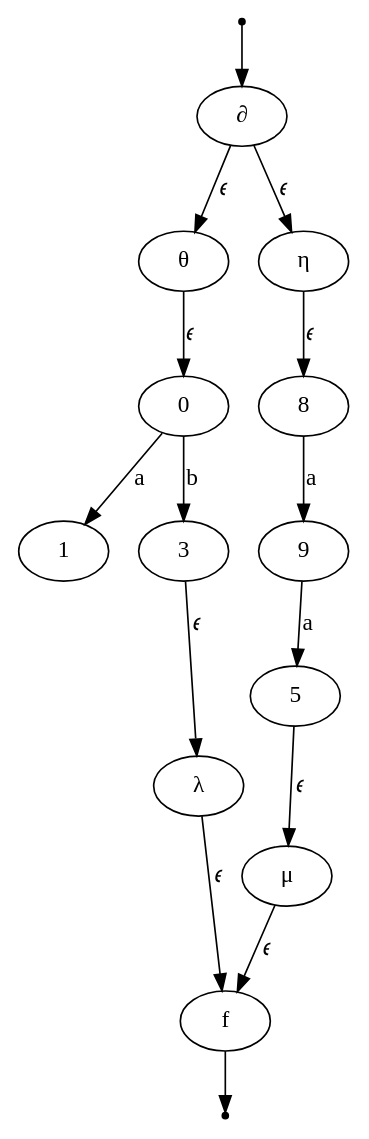
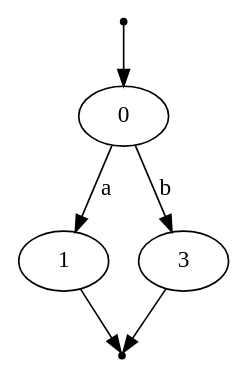
One commit to belcadilina-lab/automate changed the diagram in demo.dot. Above: the diagram before and after it, drawn with Graphviz. The commit also changed 2 other files, not shown here.

```diff
--- a/demo.dot
+++ b/demo.dot
@@ -1,18 +1,9 @@
 digraph G {
-init [shape=point];
-fin [shape=point];
-init -> ∂;
-∂ -> θ [label="𝜖"] ;
-∂ -> η [label="𝜖"] ;
-θ -> 0 [label="𝜖"];
-0 -> 1 [label="a"] ;
-0 -> 3 [label="b"] ;
-η -> 8 [label="𝜖"];
-8 -> 9 [label="a"];
-9 -> 5 [label="a"];
-3 -> λ [label="𝜖"];
-5 -> μ [label="𝜖"];
-λ -> f [label="𝜖"];
-μ -> f [label="𝜖"];
-f -> fin;
+    init [shape=point];
+    fin [shape=point];
+    init -> 0;
+    0 -> 1 [label="a"];
+    0 -> 3 [label="b"];
+    3 -> fin;
+    1 -> fin;
 }
```
